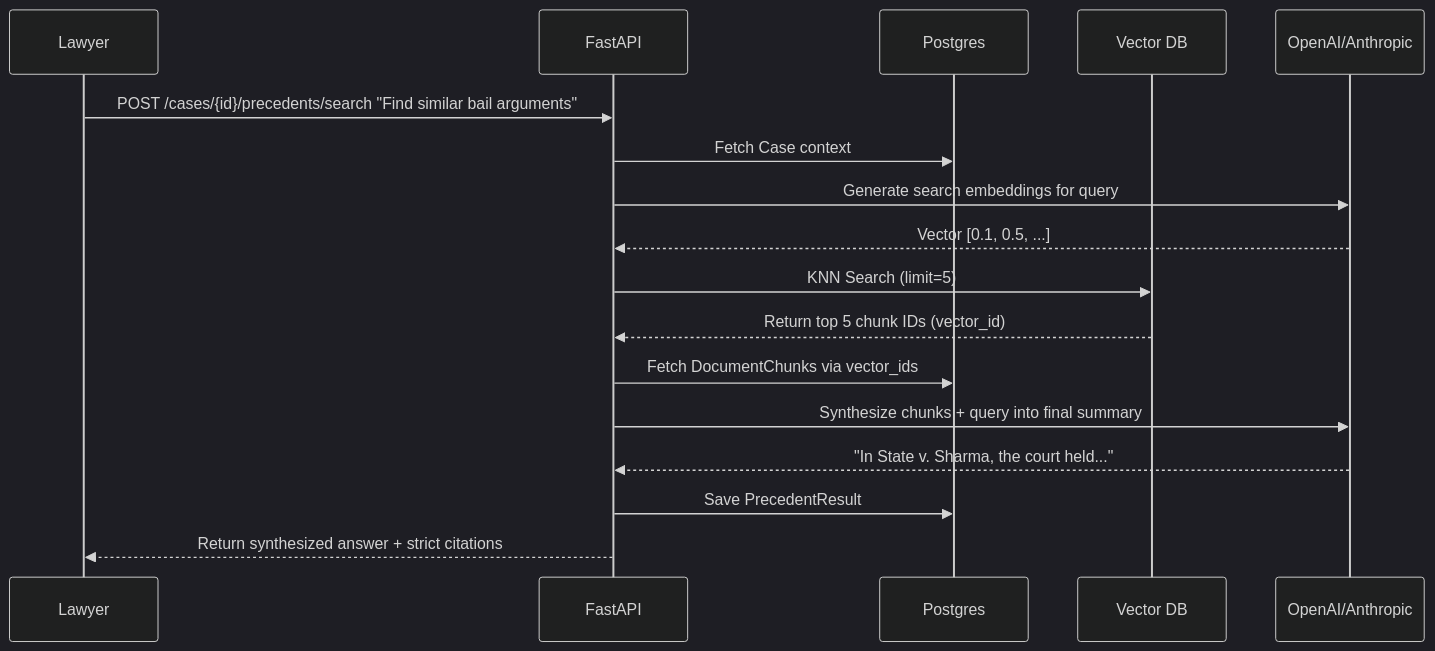
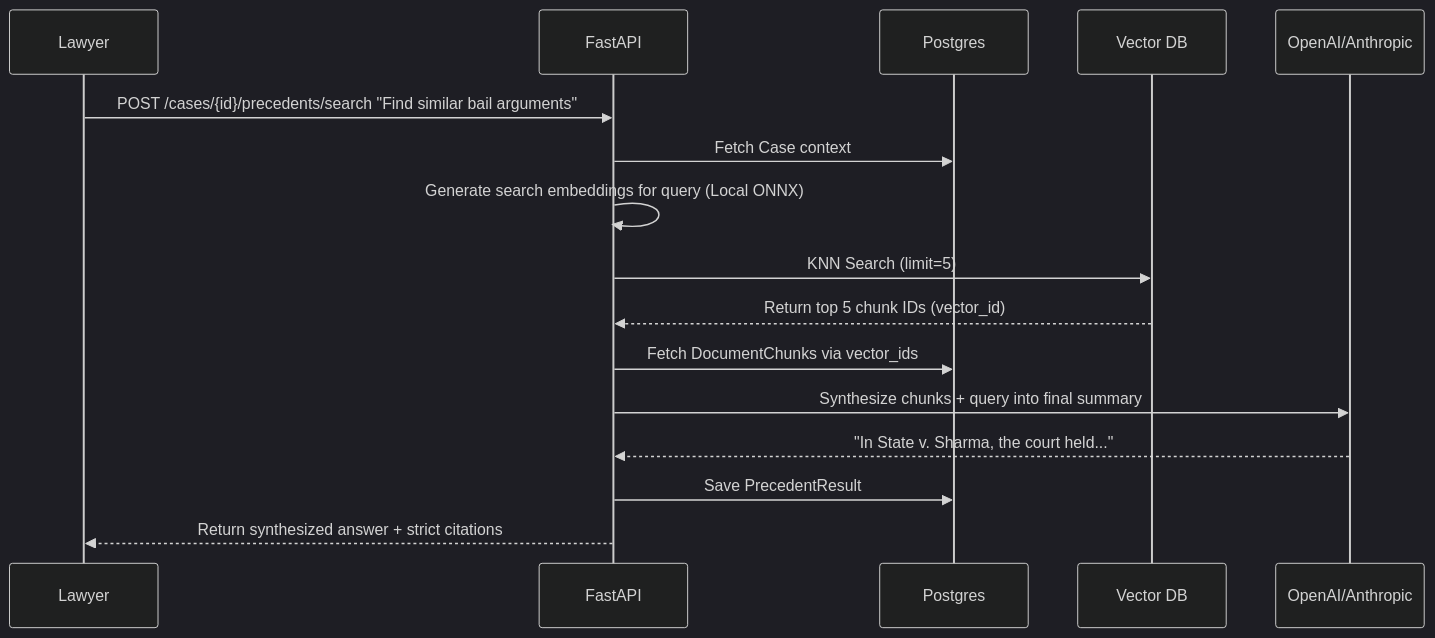
One commit to aniketsahu007/Jurisassist- changed the third of 3 diagrams in docs/architecture.md. Above: the diagram before and after it, drawn with Mermaid (dark theme). The commit also changed other lines of this file and 41 other files, not shown here.

````diff
--- a/docs/architecture.md
+++ b/docs/architecture.md
@@ -73,23 +74,22 @@
 ```mermaid
 sequenceDiagram
     participant Lawyer
     participant API as FastAPI
     participant DB as Postgres
     participant Chroma as Vector DB
     participant LLM as OpenAI/Anthropic
 
     Lawyer->>API: POST /cases/{id}/precedents/search "Find similar bail arguments"
     API->>DB: Fetch Case context
-    API->>LLM: Generate search embeddings for query
-    LLM-->>API: Vector [0.1, 0.5, ...]
+    API->>API: Generate search embeddings for query (Local ONNX)
 
     API->>Chroma: KNN Search (limit=5)
     Chroma-->>API: Return top 5 chunk IDs (vector_id)
 
     API->>DB: Fetch DocumentChunks via vector_ids
     API->>LLM: Synthesize chunks + query into final summary
     LLM-->>API: "In State v. Sharma, the court held..."
 
     API->>DB: Save PrecedentResult
     API-->>Lawyer: Return synthesized answer + strict citations
 ```
````
